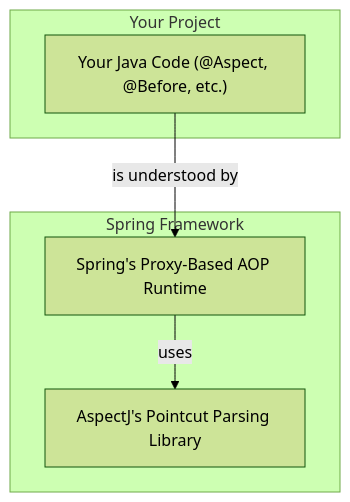
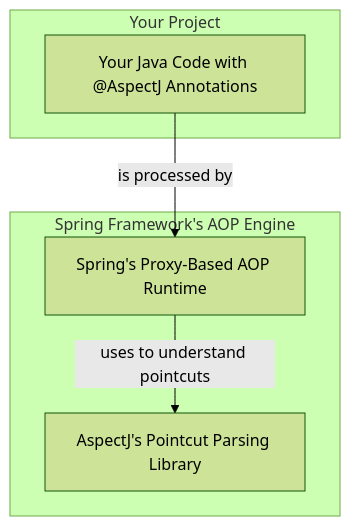
Before and after one commit to pdheeraj99/Spring-Guide: the diagram in Spring-Concepts/02-Core-Technologies/05-Aspect-Oriented-Programming/05-AspectJ-Support-Overview.md, drawn with Mermaid (forest theme). The commit also changed other lines of this file and 7 other files, not shown here.

````diff
--- a/Spring-Concepts/02-Core-Technologies/05-Aspect-Oriented-Programming/05-AspectJ-Support-Overview.md
+++ b/Spring-Concepts/02-Core-Technologies/05-Aspect-Oriented-Programming/05-AspectJ-Support-Overview.md
@@ -24,14 +19,14 @@
 ```mermaid
 graph TD
     subgraph "Your Project"
-        A["Your Java Code (@Aspect, @Before, etc.)"]
+        A["Your Java Code with @AspectJ Annotations"]
     end
 
-    subgraph "Spring Framework"
+    subgraph "Spring Framework's AOP Engine"
         B["Spring's Proxy-Based AOP Runtime"]
         C["AspectJ's Pointcut Parsing Library"]
-        B -- uses --> C
+        B -- "uses to understand pointcuts" --> C
     end
 
-    A -- is understood by --> B
+    A -- "is processed by" --> B
 ```
````
